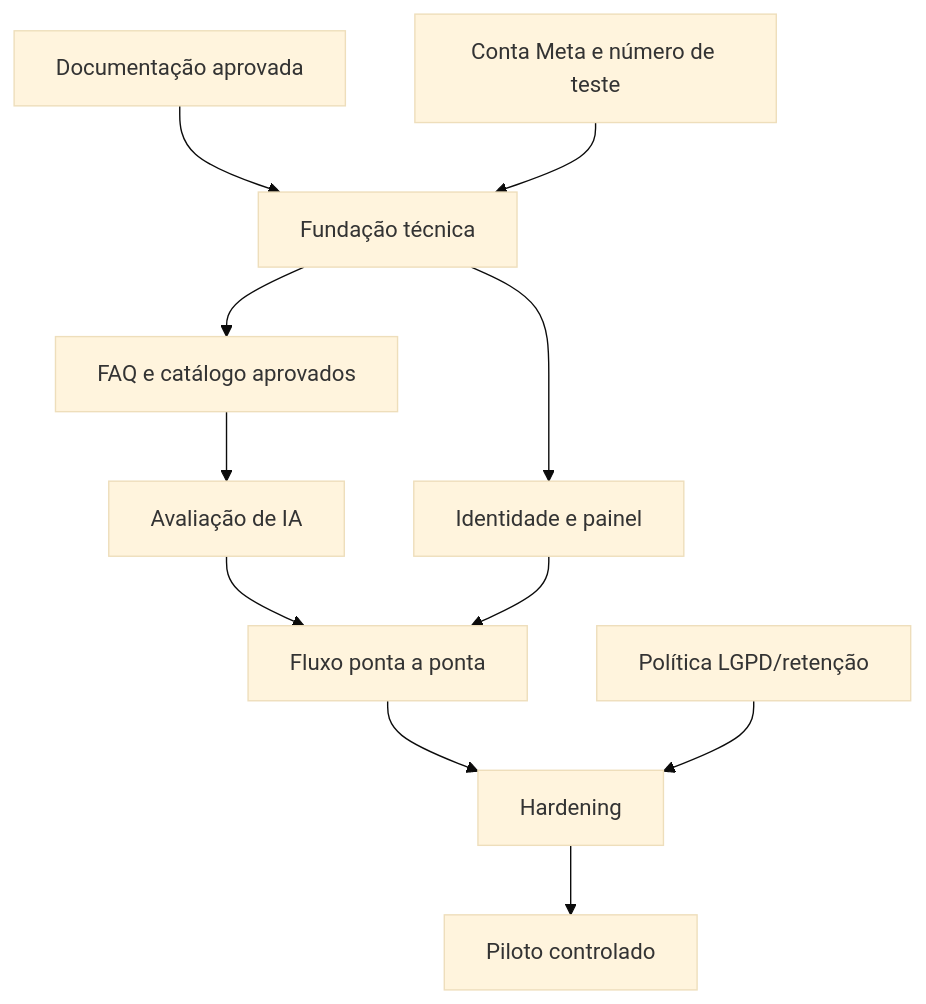
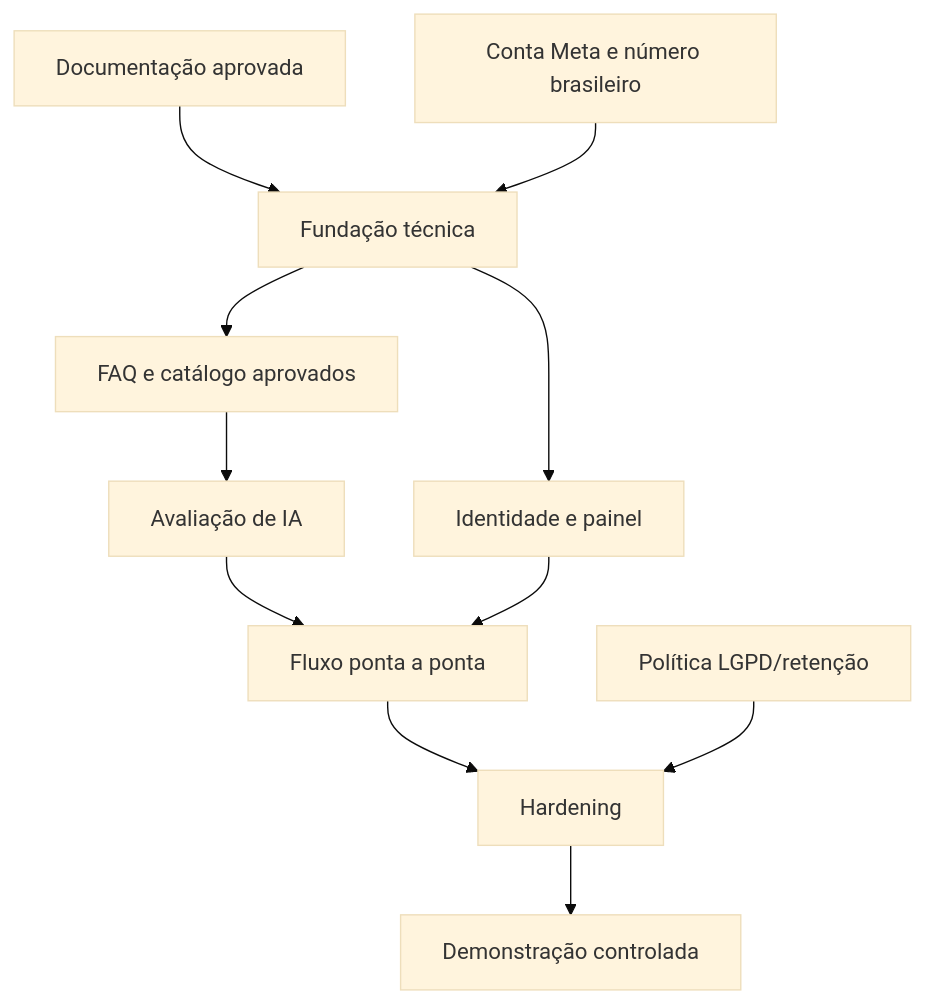
The second of 2 diagrams in docs/roadmap.md (felipeft/WhatsFlow), drawn with Mermaid (base theme) before and after one commit. The commit also changed other lines of this file and 37 other files, not shown here.

````diff
--- a/docs/roadmap.md
+++ b/docs/roadmap.md
@@ -175,13 +187,13 @@
 ```mermaid
 flowchart TD
     D[Documentação aprovada] --> P[Fundação técnica]
-    A[Conta Meta e número de teste] --> P
+    A[Conta Meta e número brasileiro] --> P
     P --> K[FAQ e catálogo aprovados]
     K --> I[Avaliação de IA]
     P --> H[Identidade e painel]
     I --> E[Fluxo ponta a ponta]
     H --> E
     E --> Q[Hardening]
     L[Política LGPD/retenção] --> Q
-    Q --> Pilot[Piloto controlado]
+    Q --> Demo[Demonstração controlada]
 ```
````
